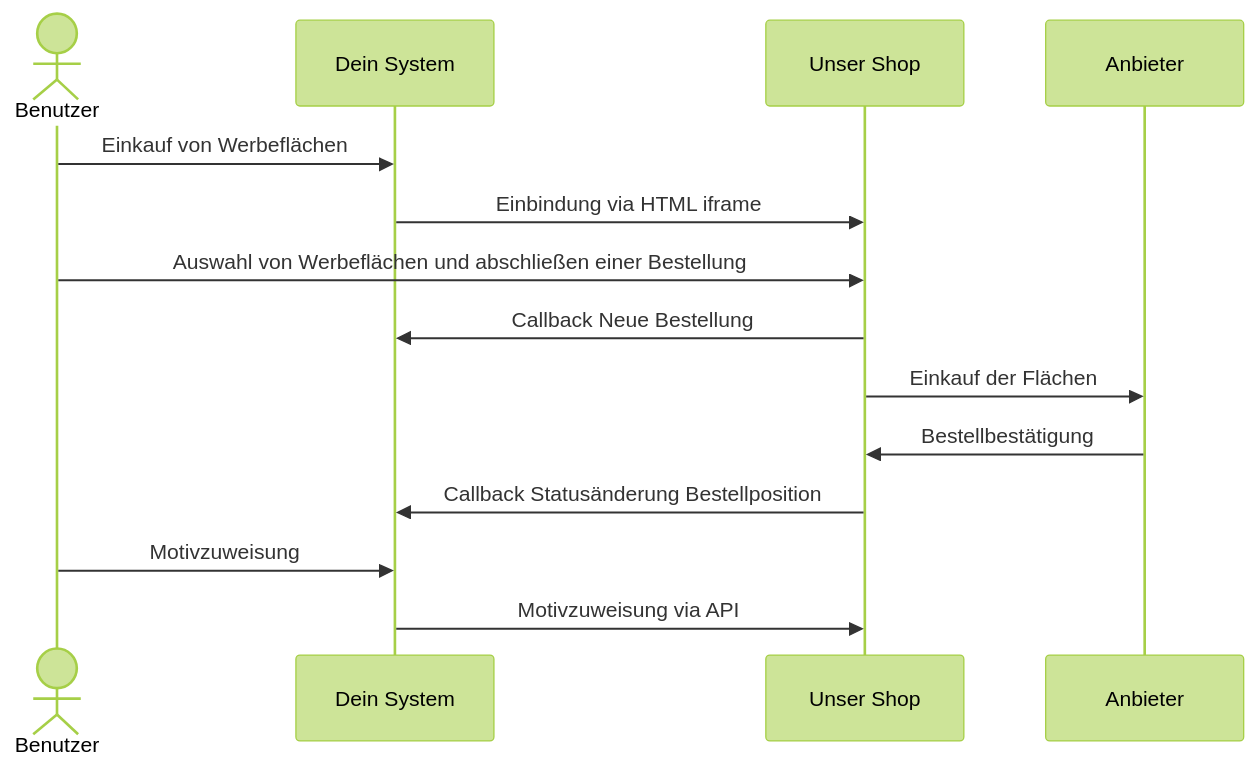
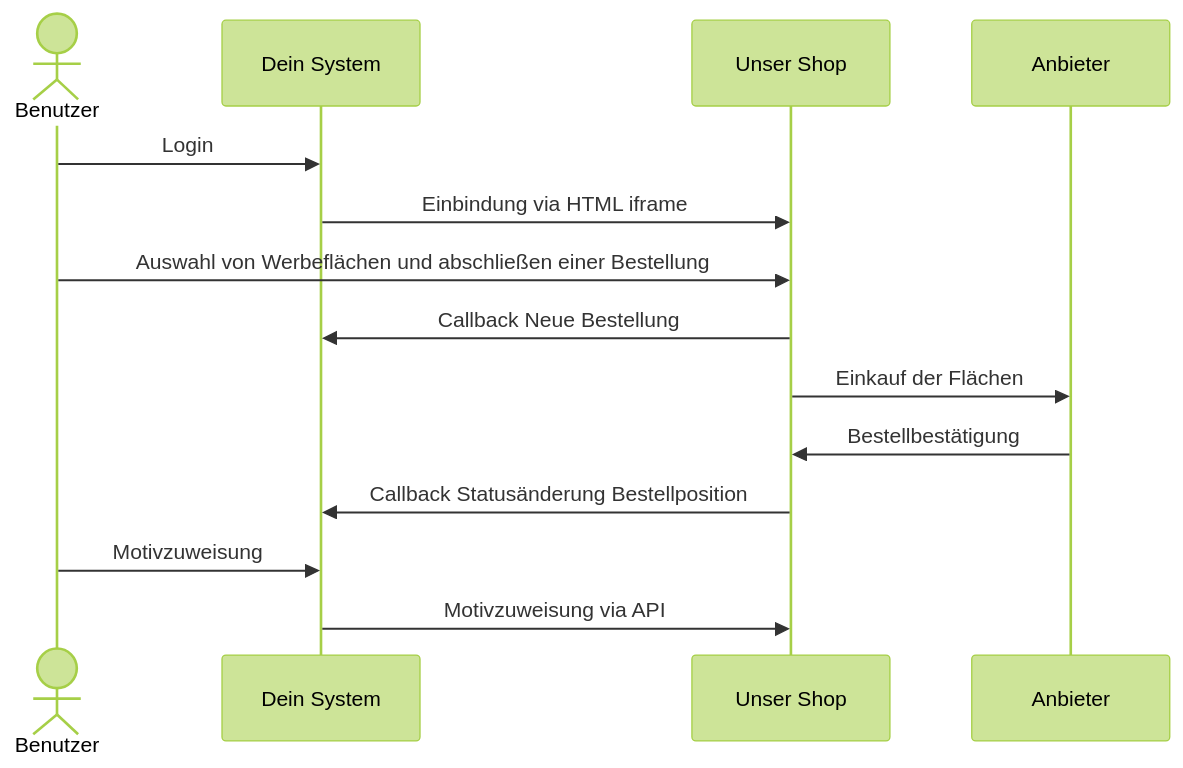
The first of 3 diagrams in docs/bestellungen/1_Iframe-Shopintegration.md (weischertechlab/ooh-api-docs), drawn with Mermaid (forest theme) before and after one commit. The commit also changed other lines of this file and 1 other file, not shown here.

````diff
--- a/docs/bestellungen/1_Iframe-Shopintegration.md
+++ b/docs/bestellungen/1_Iframe-Shopintegration.md
@@ -7,15 +7,15 @@
 ``` mermaid
 sequenceDiagram
     actor Benutzer
     
-    Benutzer->>Dein System: Einkauf von Werbeflächen
+    Benutzer->>Dein System: Login
     Dein System->>Unser Shop: Einbindung via HTML iframe
     Benutzer->>Unser Shop: Auswahl von Werbeflächen und abschließen einer Bestellung
     Unser Shop->>Dein System: Callback Neue Bestellung
     Unser Shop->>Anbieter: Einkauf der Flächen
     Anbieter->>Unser Shop: Bestellbestätigung
     Unser Shop->>Dein System: Callback Statusänderung Bestellposition
     Benutzer->>Dein System: Motivzuweisung
     Dein System->>Unser Shop: Motivzuweisung via API
     actor Anbieter
 ```
````
